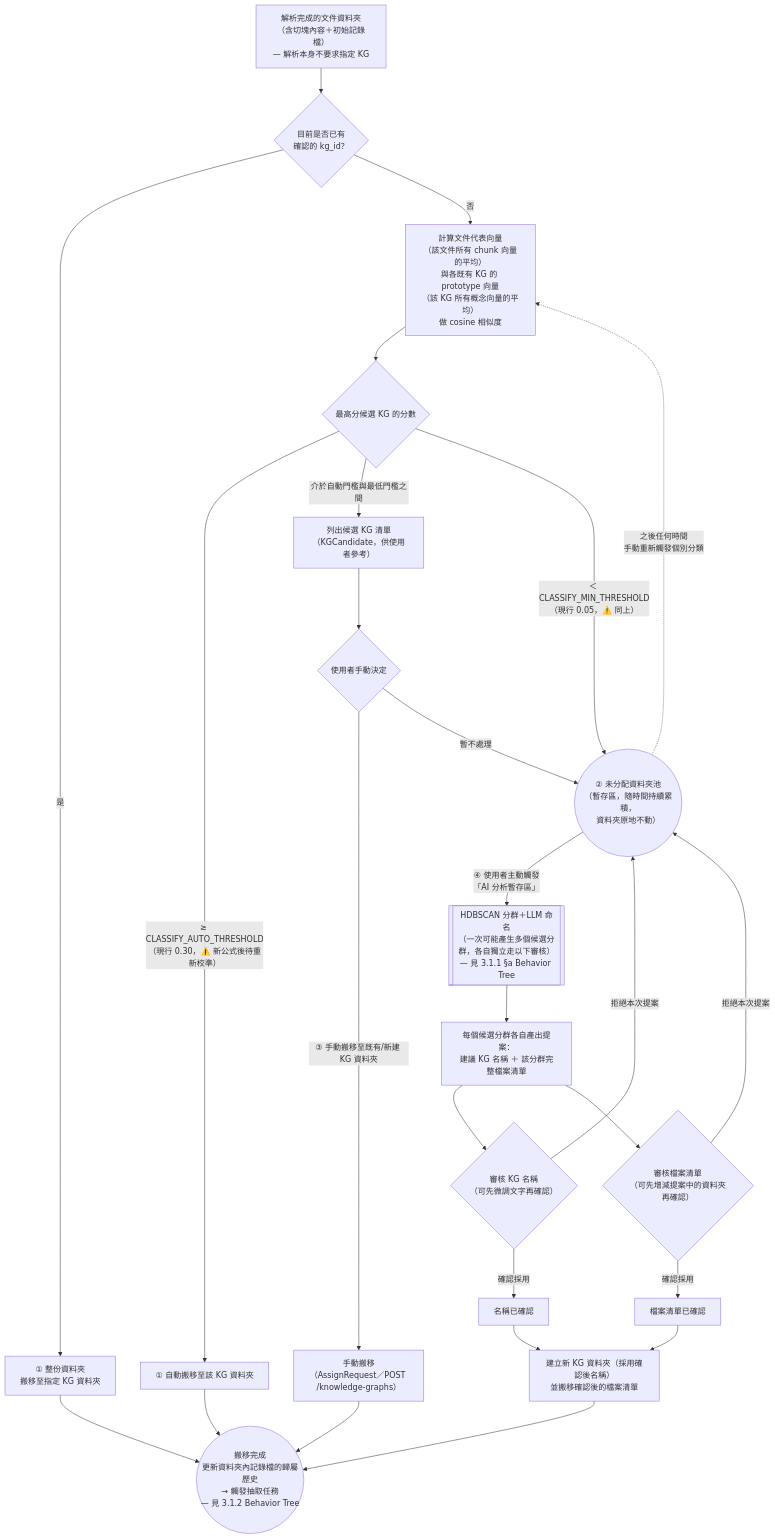
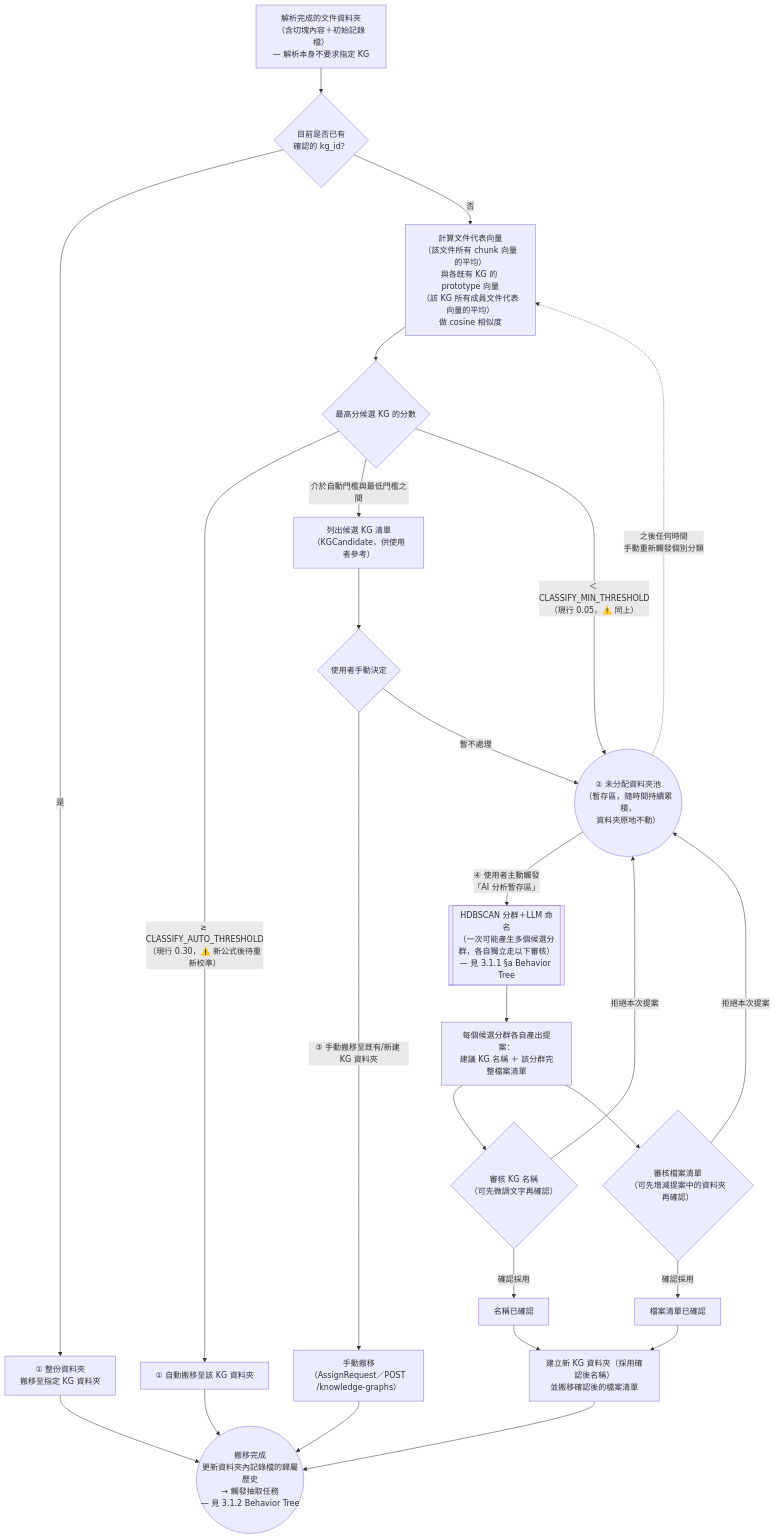
Before and after one commit to Chester930/world-knowledge-graph-rag: the second of 18 diagrams in docs/論文/03_系統設計與方法論.md, drawn with Mermaid. The commit also changed other lines of this file and 8 other files, not shown here.

````diff
--- a/docs/論文/03_系統設計與方法論.md
+++ b/docs/論文/03_系統設計與方法論.md
@@ -59,39 +59,39 @@
 ```mermaid
 flowchart TD
     TEXT["解析完成的文件資料夾<br/>（含切塊內容＋初始記錄檔）<br/>— 解析本身不要求指定 KG"] --> HASKG{"目前是否已有<br/>確認的 kg_id？"}
 
     HASKG -->|是| FOLDER["① 整份資料夾<br/>搬移至指定 KG 資料夾"]
-    HASKG -->|否| CMP["計算文件代表向量<br/>（該文件所有 chunk 向量的平均）<br/>與各既有 KG 的 prototype 向量<br/>（該 KG 所有概念向量的平均）<br/>做 cosine 相似度"]
+    HASKG -->|否| CMP["計算文件代表向量<br/>（該文件所有 chunk 向量的平均）<br/>與各既有 KG 的 prototype 向量<br/>（該 KG 所有成員文件代表向量的平均）<br/>做 cosine 相似度"]
 
     CMP --> SCORE2{"最高分候選 KG 的分數"}
     SCORE2 -->|"≥ CLASSIFY_AUTO_THRESHOLD<br/>（現行 0.30，⚠️ 新公式後待重新校準）"| AUTO["① 自動搬移至該 KG 資料夾"]
     SCORE2 -->|"介於自動門檻與最低門檻之間"| SUGGEST["列出候選 KG 清單<br/>（KGCandidate，供使用者參考）"]
     SCORE2 -->|"＜ CLASSIFY_MIN_THRESHOLD<br/>（現行 0.05，⚠️ 同上）"| POOL
 
     SUGGEST --> MANUAL{"使用者手動決定"}
     MANUAL -->|"③ 手動搬移至既有/新建 KG 資料夾"| FOLDER2["手動搬移<br/>（AssignRequest／POST /knowledge-graphs）"]
     MANUAL -->|"暫不處理"| POOL
 
     POOL(("② 未分配資料夾池<br/>（暫存區，隨時間持續累積，<br/>資料夾原地不動）"))
     POOL -.->|"之後任何時間<br/>手動重新觸發個別分類"| CMP
 
     POOL -->|"④ 使用者主動觸發<br/>「AI 分析暫存區」"| AICLUSTER
     AICLUSTER[["HDBSCAN 分群＋LLM 命名<br/>（一次可能產生多個候選分群，各自獨立走以下審核）<br/>— 見 3.1.1 §a Behavior Tree"]]
     AICLUSTER --> PROPOSAL["每個候選分群各自產出提案：<br/>建議 KG 名稱 ＋ 該分群完整檔案清單"]
     PROPOSAL --> REVIEWNAME{"審核 KG 名稱<br/>（可先微調文字再確認）"}
     PROPOSAL --> REVIEWFILES{"審核檔案清單<br/>（可先增減提案中的資料夾再確認）"}
     REVIEWNAME -->|確認採用| NAMEOK["名稱已確認"]
     REVIEWNAME -->|拒絕本次提案| POOL
     REVIEWFILES -->|確認採用| FILESOK["檔案清單已確認"]
     REVIEWFILES -->|拒絕本次提案| POOL
     NAMEOK --> NEWKG3
     FILESOK --> NEWKG3
     NEWKG3["建立新 KG 資料夾（採用確認後名稱）<br/>並搬移確認後的檔案清單"]
 
     FOLDER --> RECORD
     AUTO --> RECORD
     FOLDER2 --> RECORD
     NEWKG3 --> RECORD
 
     RECORD(("搬移完成<br/>更新資料夾內記錄檔的歸屬歷史<br/>→ 觸發抽取任務<br/>— 見 3.1.2 Behavior Tree"))
 ```
````
